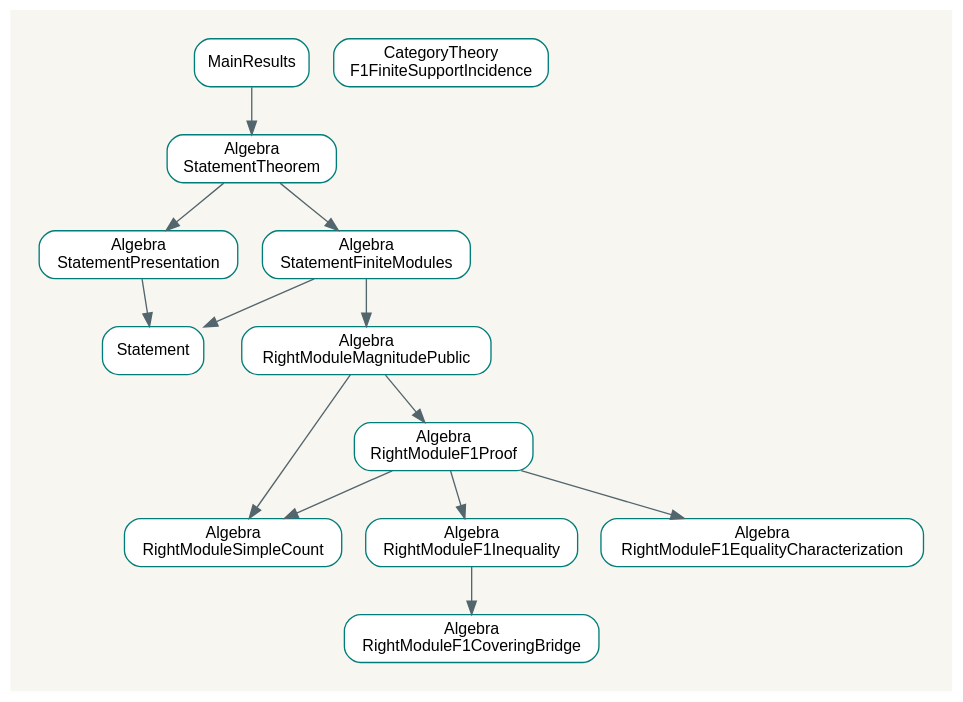
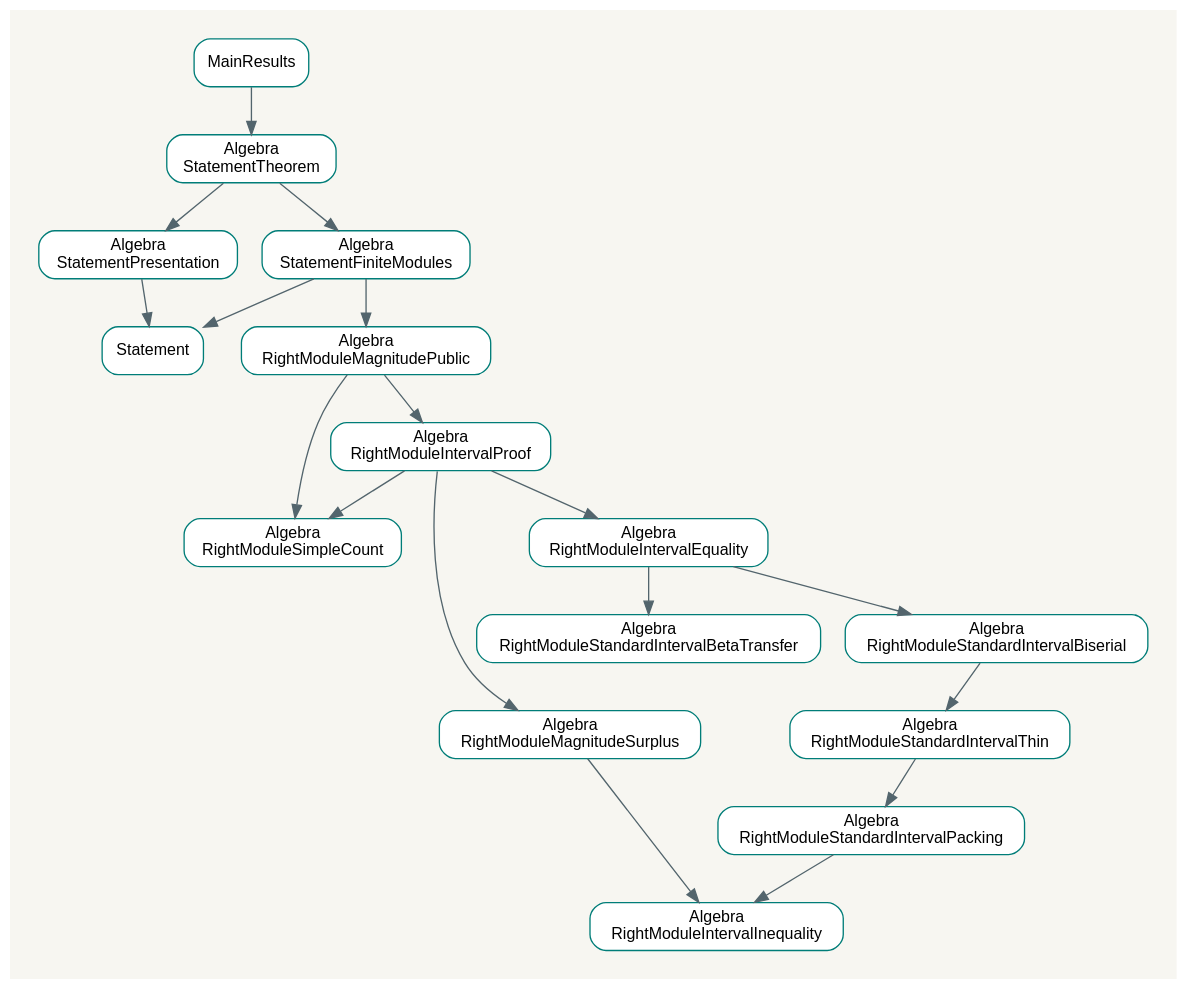
Before and after one commit to haruhisa-enomoto/magnitude-conjecture: the diagram in website/assets/public-imports.dot, drawn with Graphviz. The commit also changed 12 other files, not shown here.

Commit message:
Update the interval proof guide and current Palomar verification tools

```diff
--- a/website/assets/public-imports.dot
+++ b/website/assets/public-imports.dot
@@ -1,29 +1,37 @@
 digraph imports {
 rankdir=TB; bgcolor="#f7f6f1"; pad=0.3;
 node [shape=box, style="rounded,filled", fillcolor="white", color="#007d78", fontname="sans-serif", fontsize=12];
 edge [color="#53656d"];
 "MagnitudeConjecture.MainResults" [label="MainResults"];
 "MagnitudeConjecture.Statement" [label="Statement"];
 "MagnitudeConjecture.Algebra.StatementTheorem" [label="Algebra\nStatementTheorem"];
 "MagnitudeConjecture.Algebra.StatementFiniteModules" [label="Algebra\nStatementFiniteModules"];
 "MagnitudeConjecture.Algebra.StatementPresentation" [label="Algebra\nStatementPresentation"];
 "MagnitudeConjecture.Algebra.RightModuleMagnitudePublic" [label="Algebra\nRightModuleMagnitudePublic"];
 "MagnitudeConjecture.Algebra.RightModuleSimpleCount" [label="Algebra\nRightModuleSimpleCount"];
-"MagnitudeConjecture.Algebra.RightModuleF1Proof" [label="Algebra\nRightModuleF1Proof"];
-"MagnitudeConjecture.Algebra.RightModuleF1Inequality" [label="Algebra\nRightModuleF1Inequality"];
-"MagnitudeConjecture.Algebra.RightModuleF1EqualityCharacterization" [label="Algebra\nRightModuleF1EqualityCharacterization"];
-"MagnitudeConjecture.Algebra.RightModuleF1CoveringBridge" [label="Algebra\nRightModuleF1CoveringBridge"];
-"MagnitudeConjecture.CategoryTheory.F1FiniteSupportIncidence" [label="CategoryTheory\nF1FiniteSupportIncidence"];
+"MagnitudeConjecture.Algebra.RightModuleIntervalProof" [label="Algebra\nRightModuleIntervalProof"];
+"MagnitudeConjecture.Algebra.RightModuleMagnitudeSurplus" [label="Algebra\nRightModuleMagnitudeSurplus"];
+"MagnitudeConjecture.Algebra.RightModuleIntervalInequality" [label="Algebra\nRightModuleIntervalInequality"];
+"MagnitudeConjecture.Algebra.RightModuleIntervalEquality" [label="Algebra\nRightModuleIntervalEquality"];
+"MagnitudeConjecture.Algebra.RightModuleStandardIntervalBetaTransfer" [label="Algebra\nRightModuleStandardIntervalBetaTransfer"];
+"MagnitudeConjecture.Algebra.RightModuleStandardIntervalBiserial" [label="Algebra\nRightModuleStandardIntervalBiserial"];
+"MagnitudeConjecture.Algebra.RightModuleStandardIntervalThin" [label="Algebra\nRightModuleStandardIntervalThin"];
+"MagnitudeConjecture.Algebra.RightModuleStandardIntervalPacking" [label="Algebra\nRightModuleStandardIntervalPacking"];
 "MagnitudeConjecture.MainResults" -> "MagnitudeConjecture.Algebra.StatementTheorem";
 "MagnitudeConjecture.Algebra.StatementTheorem" -> "MagnitudeConjecture.Algebra.StatementFiniteModules";
 "MagnitudeConjecture.Algebra.StatementTheorem" -> "MagnitudeConjecture.Algebra.StatementPresentation";
 "MagnitudeConjecture.Algebra.StatementFiniteModules" -> "MagnitudeConjecture.Statement";
 "MagnitudeConjecture.Algebra.StatementFiniteModules" -> "MagnitudeConjecture.Algebra.RightModuleMagnitudePublic";
 "MagnitudeConjecture.Algebra.StatementPresentation" -> "MagnitudeConjecture.Statement";
-"MagnitudeConjecture.Algebra.RightModuleMagnitudePublic" -> "MagnitudeConjecture.Algebra.RightModuleF1Proof";
+"MagnitudeConjecture.Algebra.RightModuleMagnitudePublic" -> "MagnitudeConjecture.Algebra.RightModuleIntervalProof";
 "MagnitudeConjecture.Algebra.RightModuleMagnitudePublic" -> "MagnitudeConjecture.Algebra.RightModuleSimpleCount";
-"MagnitudeConjecture.Algebra.RightModuleF1Proof" -> "MagnitudeConjecture.Algebra.RightModuleF1Inequality";
-"MagnitudeConjecture.Algebra.RightModuleF1Proof" -> "MagnitudeConjecture.Algebra.RightModuleF1EqualityCharacterization";
-"MagnitudeConjecture.Algebra.RightModuleF1Proof" -> "MagnitudeConjecture.Algebra.RightModuleSimpleCount";
-"MagnitudeConjecture.Algebra.RightModuleF1Inequality" -> "MagnitudeConjecture.Algebra.RightModuleF1CoveringBridge";
+"MagnitudeConjecture.Algebra.RightModuleIntervalProof" -> "MagnitudeConjecture.Algebra.RightModuleMagnitudeSurplus";
+"MagnitudeConjecture.Algebra.RightModuleIntervalProof" -> "MagnitudeConjecture.Algebra.RightModuleIntervalEquality";
+"MagnitudeConjecture.Algebra.RightModuleIntervalProof" -> "MagnitudeConjecture.Algebra.RightModuleSimpleCount";
+"MagnitudeConjecture.Algebra.RightModuleMagnitudeSurplus" -> "MagnitudeConjecture.Algebra.RightModuleIntervalInequality";
+"MagnitudeConjecture.Algebra.RightModuleIntervalEquality" -> "MagnitudeConjecture.Algebra.RightModuleStandardIntervalBetaTransfer";
+"MagnitudeConjecture.Algebra.RightModuleIntervalEquality" -> "MagnitudeConjecture.Algebra.RightModuleStandardIntervalBiserial";
+"MagnitudeConjecture.Algebra.RightModuleStandardIntervalBiserial" -> "MagnitudeConjecture.Algebra.RightModuleStandardIntervalThin";
+"MagnitudeConjecture.Algebra.RightModuleStandardIntervalThin" -> "MagnitudeConjecture.Algebra.RightModuleStandardIntervalPacking";
+"MagnitudeConjecture.Algebra.RightModuleStandardIntervalPacking" -> "MagnitudeConjecture.Algebra.RightModuleIntervalInequality";
 }
```
